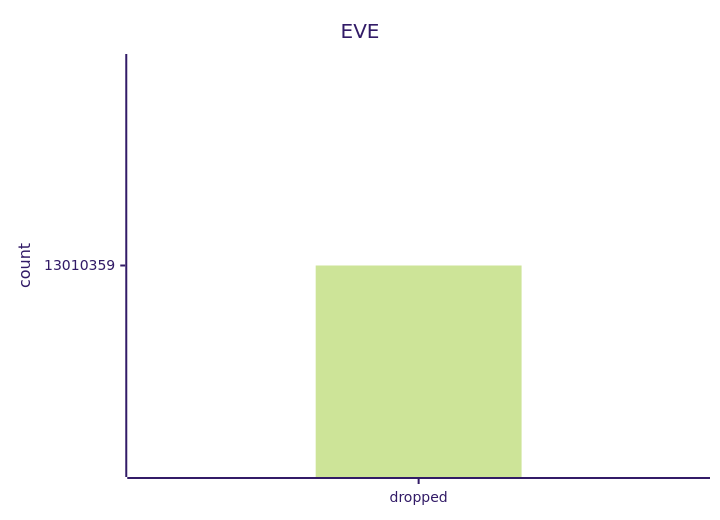
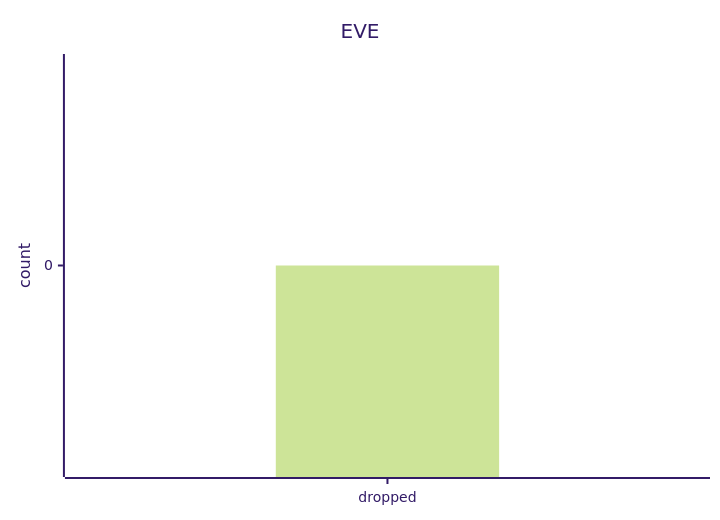
One commit to jrengmusic/eve changed the second of 10 diagrams in benchmark/live-report.md. Above: the diagram before and after it, drawn with Mermaid (forest theme). The commit also changed other lines of this file and 37 other files, not shown here.

````diff
--- a/benchmark/live-report.md
+++ b/benchmark/live-report.md
@@ -1677,7 +1590,7 @@
 ```mermaid
 xychart-beta
 title "EVE"
 x-axis ["dropped"]
 y-axis "count"
-bar [13010359.00000000000000000]
+bar [0.00000000000000000]
 ```
````
